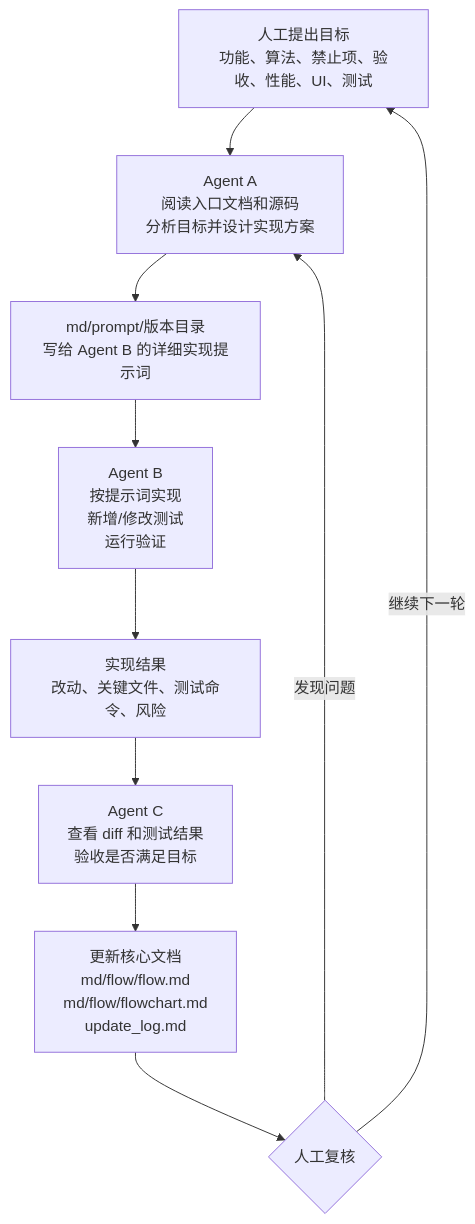
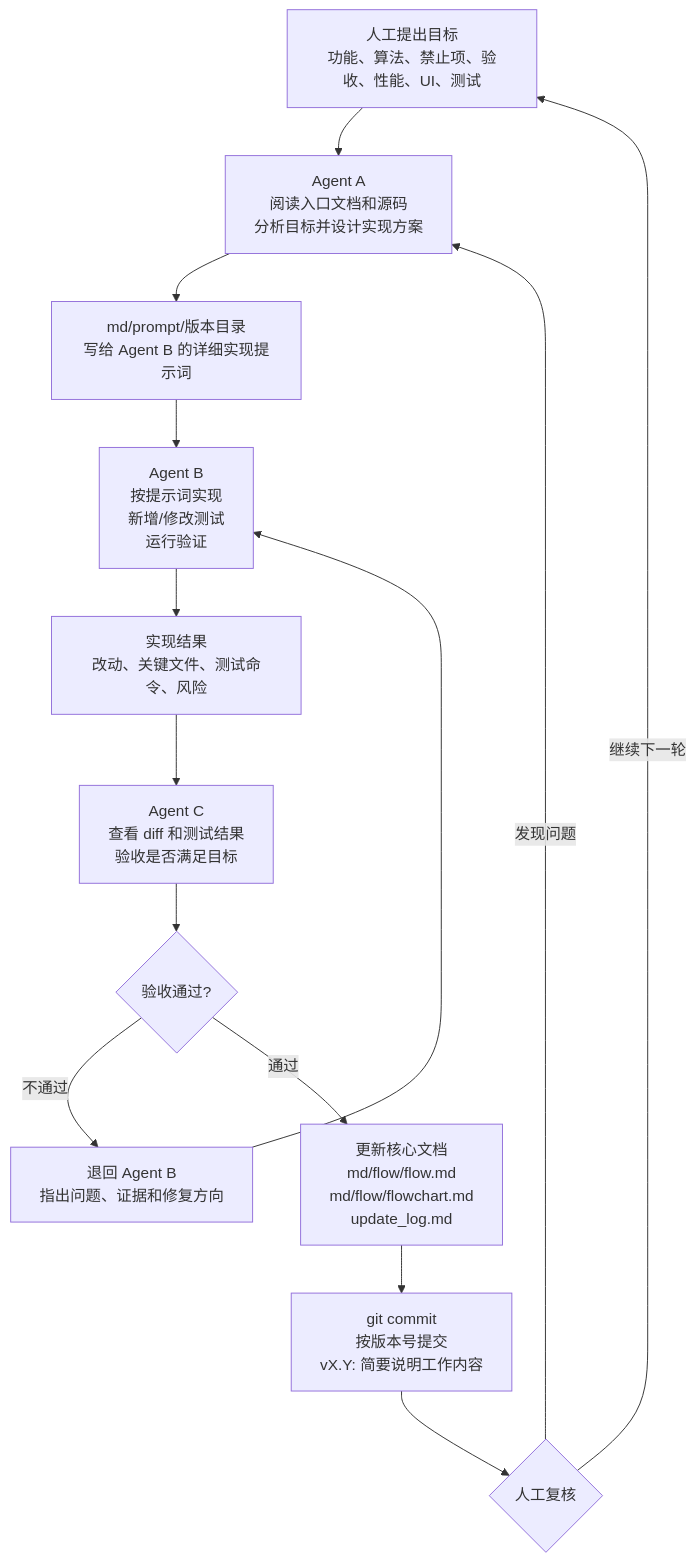
Before and after one commit to Altman-sam114/114: the fifth of 5 diagrams in md/flow/flowchart.md, drawn with Mermaid. The commit also changed other lines of this file and 4 other files, not shown here.

````diff
--- a/md/flow/flowchart.md
+++ b/md/flow/flowchart.md
@@ -97,12 +97,16 @@
 ```mermaid
 flowchart TD
   H["人工提出目标<br/>功能、算法、禁止项、验收、性能、UI、测试"] --> A["Agent A<br/>阅读入口文档和源码<br/>分析目标并设计实现方案"]
   A --> P["md/prompt/版本目录<br/>写给 Agent B 的详细实现提示词"]
   P --> B["Agent B<br/>按提示词实现<br/>新增/修改测试<br/>运行验证"]
   B --> R["实现结果<br/>改动、关键文件、测试命令、风险"]
   R --> C["Agent C<br/>查看 diff 和测试结果<br/>验收是否满足目标"]
-  C --> F["更新核心文档<br/>md/flow/flow.md<br/>md/flow/flowchart.md<br/>update_log.md"]
-  F --> J{"人工复核"}
+  C --> PASS{"验收通过?"}
+  PASS -->|不通过| BACK["退回 Agent B<br/>指出问题、证据和修复方向"]
+  BACK --> B
+  PASS -->|通过| F["更新核心文档<br/>md/flow/flow.md<br/>md/flow/flowchart.md<br/>update_log.md"]
+  F --> G["git commit<br/>按版本号提交<br/>vX.Y: 简要说明工作内容"]
+  G --> J{"人工复核"}
   J -->|继续下一轮| H
   J -->|发现问题| A
 ```
````
